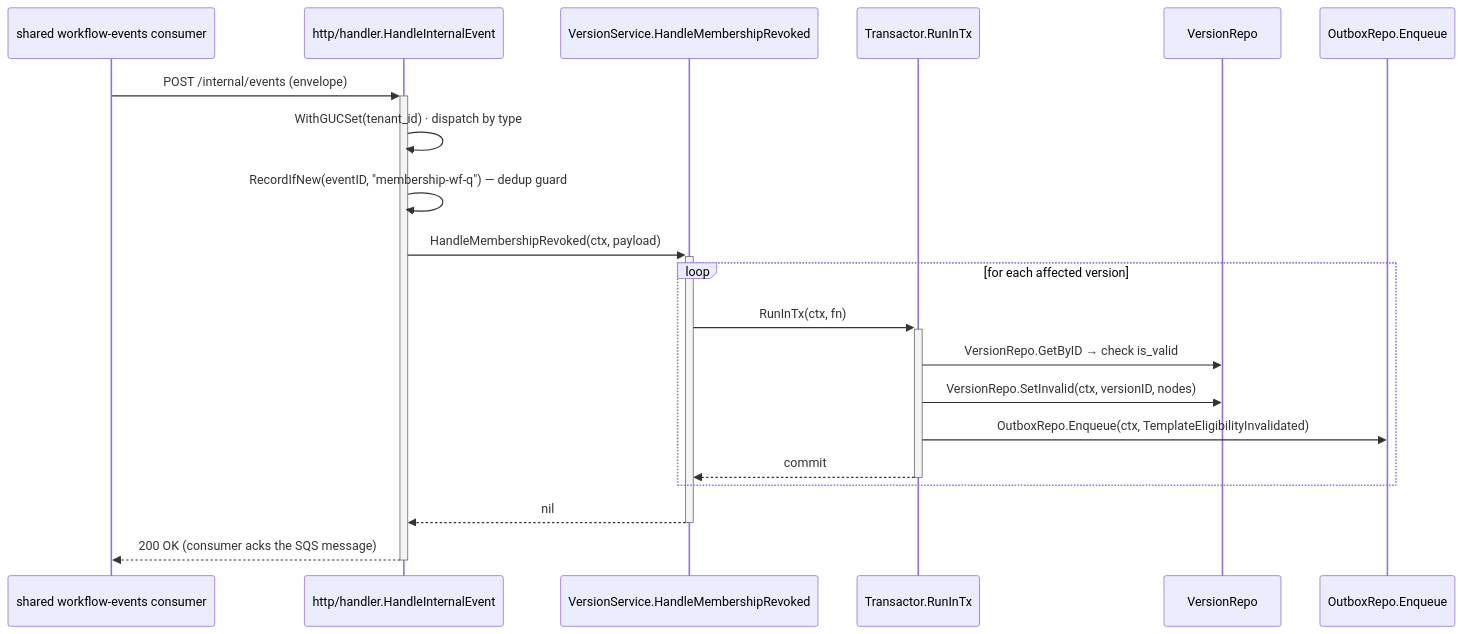
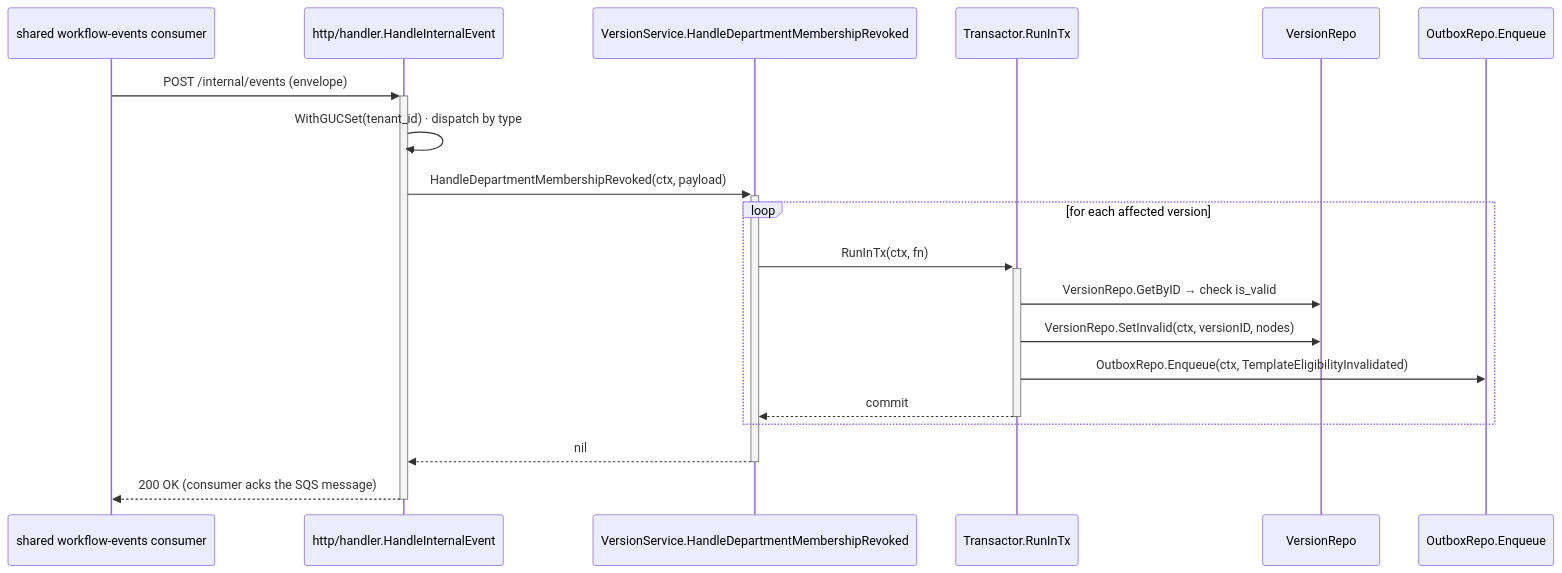
One commit to BCBP-SOLUTIONS-FZC-LLC/workflow-definition-service changed the diagram in docs/architecture/mermaid/membership-revoked-flow.mmd. Above: the diagram before and after it, drawn with Mermaid. The commit also changed 30 other files, not shown here.

```diff
--- a/docs/architecture/mermaid/membership-revoked-flow.mmd
+++ b/docs/architecture/mermaid/membership-revoked-flow.mmd
@@ -1,21 +1,20 @@
 sequenceDiagram
     participant Consumer as shared workflow-events consumer
     participant Handler as http/handler.HandleInternalEvent
-    participant Svc as VersionService.HandleMembershipRevoked
+    participant Svc as VersionService.HandleDepartmentMembershipRevoked
     participant Tx as Transactor.RunInTx
     participant Repo as VersionRepo
     participant Outbox as OutboxRepo.Enqueue
 
     Consumer ->>+ Handler: POST /internal/events (envelope)
     Handler ->> Handler: WithGUCSet(tenant_id) · dispatch by type
-    Handler ->> Handler: RecordIfNew(eventID, "membership-wf-q") — dedup guard
-    Handler ->>+ Svc: HandleMembershipRevoked(ctx, payload)
+    Handler ->>+ Svc: HandleDepartmentMembershipRevoked(ctx, payload)
     loop for each affected version
         Svc ->>+ Tx: RunInTx(ctx, fn)
         Tx ->> Repo: VersionRepo.GetByID  →  check is_valid
         Tx ->> Repo: VersionRepo.SetInvalid(ctx, versionID, nodes)
         Tx ->> Outbox: OutboxRepo.Enqueue(ctx, TemplateEligibilityInvalidated)
         Tx -->>- Svc: commit
     end
     Svc -->>- Handler: nil
     Handler -->>- Consumer: 200 OK (consumer acks the SQS message)
```
